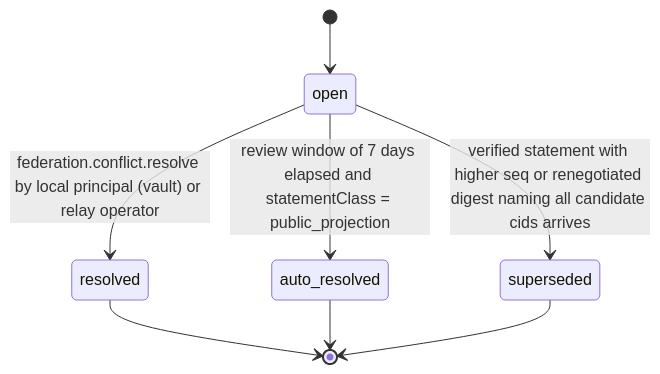
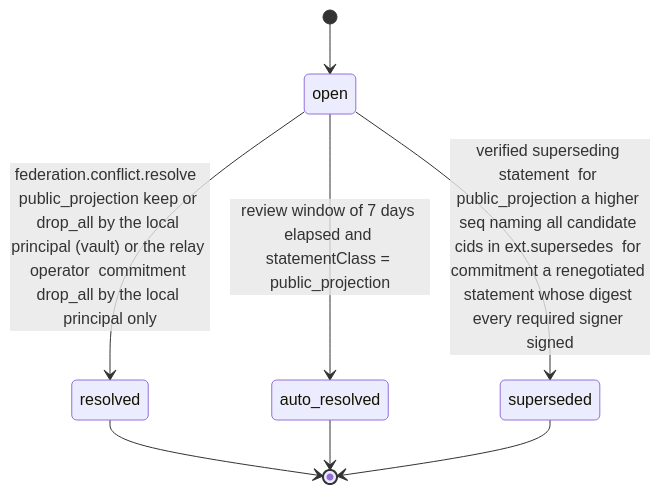
Before and after one commit to djshellshoxxx/CLASSifiedisRUPTed: the diagram in 11_Federation/02_relay_sync/mod_conflicts/workflow_state_machine.md, drawn with Mermaid. The commit also changed other lines of this file and 343 other files, not shown here.

````diff
--- a/11_Federation/02_relay_sync/mod_conflicts/workflow_state_machine.md
+++ b/11_Federation/02_relay_sync/mod_conflicts/workflow_state_machine.md
@@ -25,10 +26,10 @@
 ```mermaid
 stateDiagram-v2
   [*] --> open
-  open --> resolved: federation.conflict.resolve by local principal (vault) or relay operator
+  open --> resolved: federation.conflict.resolve  public_projection keep or drop_all by the local principal (vault) or the relay operator  commitment drop_all by the local principal only
   open --> auto_resolved: review window of 7 days elapsed and statementClass = public_projection
-  open --> superseded: verified statement with higher seq or renegotiated digest naming all candidate cids arrives
+  open --> superseded: verified superseding statement  for public_projection a higher seq naming all candidate cids in ext.supersedes  for commitment a renegotiated statement whose digest every required signer signed
   resolved --> [*]
   auto_resolved --> [*]
   superseded --> [*]
 ```
````
